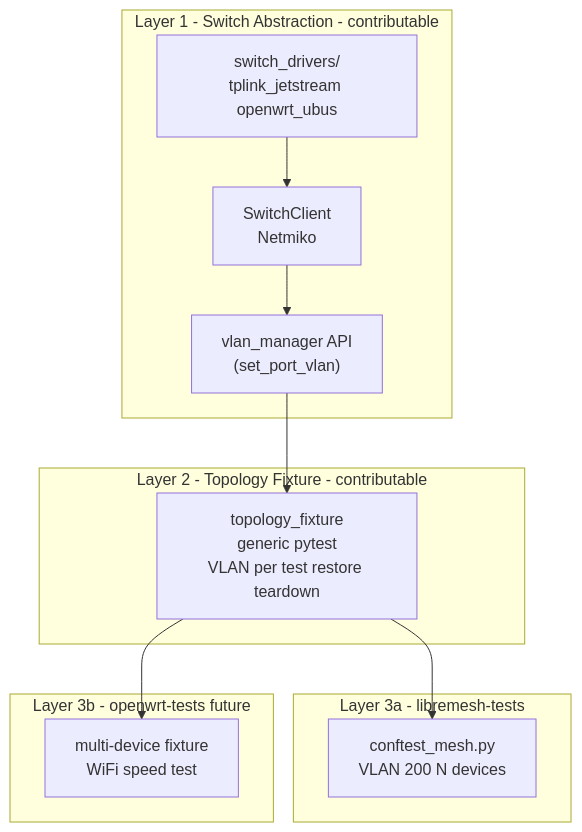
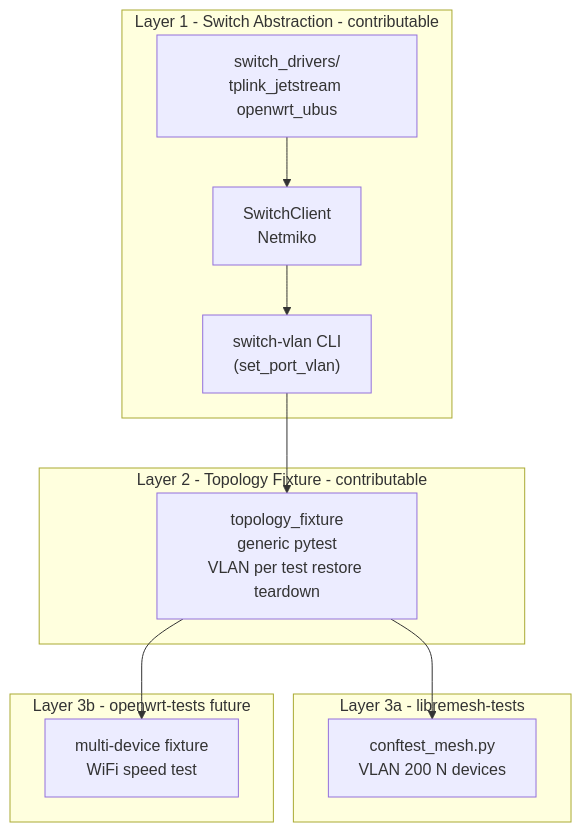
The third of 3 diagrams in docs/diseno/lab-architecture.md (fcefyn-testbed/fcefyn_testbed_utils), drawn with Mermaid before and after one commit. The commit also changed other lines of this file and 2 other files, not shown here.

````diff
--- a/docs/diseno/lab-architecture.md
+++ b/docs/diseno/lab-architecture.md
@@ -163,26 +157,26 @@
 ```mermaid
 flowchart TB
     subgraph layer1 [Layer 1 - Switch Abstraction - contributable]
         DRV[switch_drivers/\ntplink_jetstream openwrt_ubus]
         SC[SwitchClient\nNetmiko]
-        VM["vlan_manager API\n(set_port_vlan)"]
+        VM["switch-vlan CLI\n(set_port_vlan)"]
         DRV --> SC
         SC --> VM
     end
 
     subgraph layer2 [Layer 2 - Topology Fixture - contributable]
         TF["topology_fixture\ngeneric pytest\nVLAN per test restore teardown"]
     end
 
     subgraph layer3a [Layer 3a - libremesh-tests]
         MF["conftest_mesh.py\nVLAN 200 N devices"]
     end
 
     subgraph layer3b [Layer 3b - openwrt-tests future]
         WF["multi-device fixture\nWiFi speed test"]
     end
 
     VM --> TF
     TF --> MF
     TF --> WF
 ```
````
